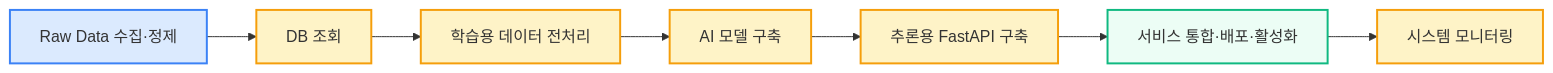
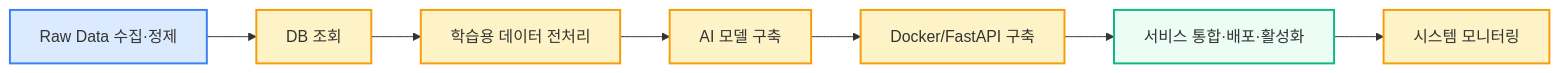
The diagram in README.md (iureifjdkncd/iureifjdkncd), drawn with Mermaid before and after one commit. The commit also changed other lines of this file, not shown here.

````diff
--- a/README.md
+++ b/README.md
@@ -65,15 +65,15 @@
 ```mermaid
 flowchart LR
     A[Raw Data 수집·정제]:::dev
     B[DB 조회]:::me
     C[학습용 데이터 전처리]:::me
     D[AI 모델 구축]:::me
-    E[추론용 FastAPI 구축]:::me
+    E[Docker/FastAPI 구축]:::me
     F[서비스 통합·배포·활성화]:::meco
     G[시스템 모니터링]:::me
     A --> B --> C --> D --> E --> F --> G
     classDef me fill:#fef3c7,stroke:#f59e0b,stroke-width:2px;
     classDef dev fill:#dbeafe,stroke:#3b82f6,stroke-width:2px;
     classDef devco fill:#e0f2fe,stroke:#0284c7,stroke-width:2px;
     classDef meco fill:#ecfdf5,stroke:#10b981,stroke-width:2px;
 ```
````
